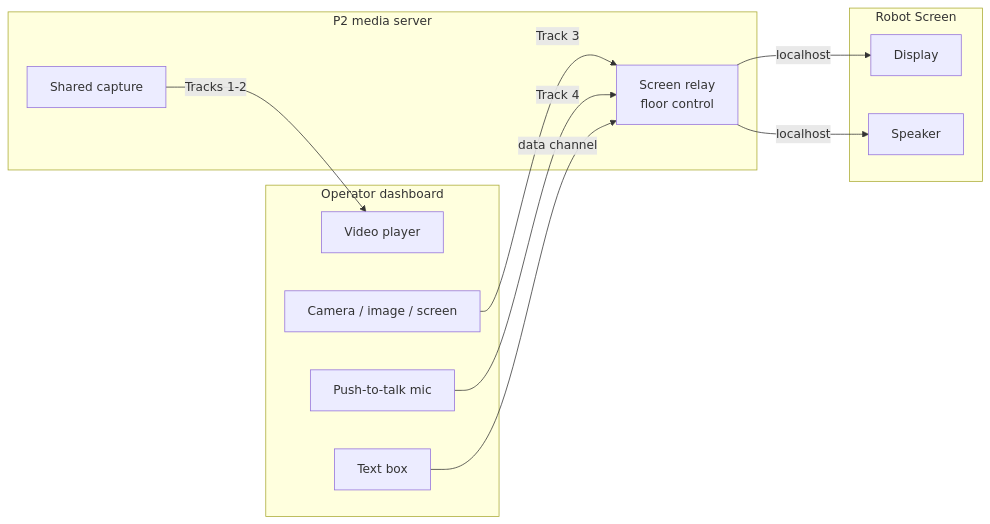
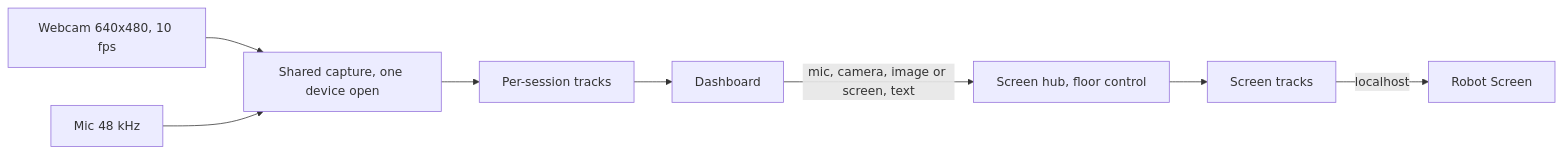
The ninth of 12 diagrams in research paper/section3_methodology.md (baiust999/robort-code-from-pi), drawn with Mermaid before and after one commit. The commit also changed other lines of this file and 2 other files, not shown here.

````diff
--- a/research paper/section3_methodology.md
+++ b/research paper/section3_methodology.md
@@ -439,23 +299,10 @@
 ```mermaid
 flowchart LR
-  subgraph OP["Operator dashboard"]
-    V["Video player"]
-    T3["Camera / image / screen"]
-    T4["Push-to-talk mic"]
-    TX["Text box"]
-  end
-  subgraph P2["P2 media server"]
-    SC["Shared capture"]
-    HUB["Screen relay<br/>floor control"]
-  end
-  subgraph RS["Robot Screen"]
-    DSP["Display"]
-    SPK["Speaker"]
-  end
-  SC -- "Tracks 1-2" --> V
-  T3 -- "Track 3" --> HUB
-  T4 -- "Track 4" --> HUB
-  TX -- "data channel" --> HUB
-  HUB -- "localhost" --> DSP
-  HUB -- "localhost" --> SPK
+  CAM["Webcam 640x480, 10 fps"] --> SH["Shared capture, one device open"]
+  MIC["Mic 48 kHz"] --> SH
+  SH --> SES["Per-session tracks"]
+  SES --> D["Dashboard"]
+  D -- "mic, camera, image or screen, text" --> HUB["Screen hub, floor control"]
+  HUB --> ST["Screen tracks"]
+  ST -- "localhost" --> K["Robot Screen"]
 ```
````
